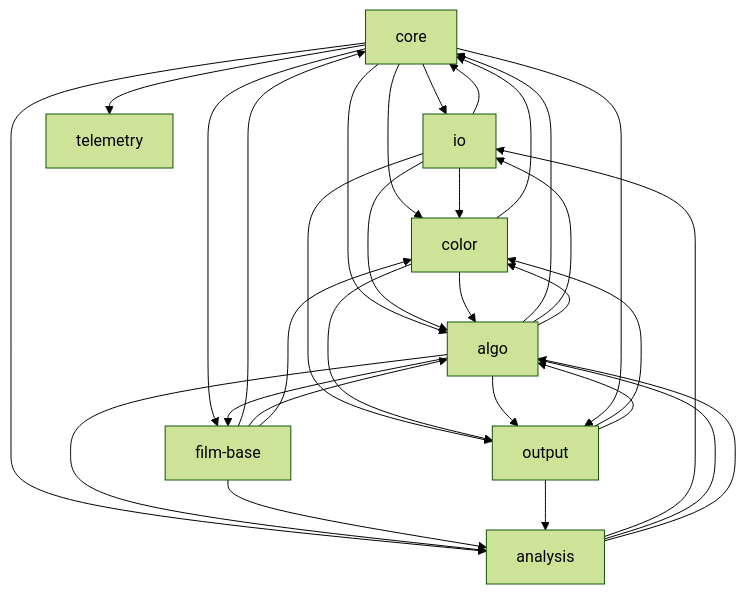
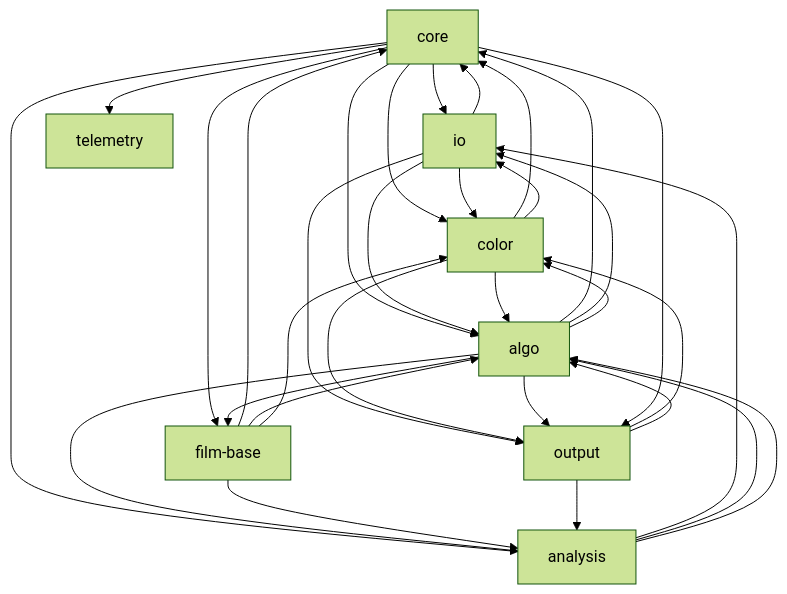
One commit to lix42/hanten changed the first of 2 diagrams in docs/TASKS.md. Above: the diagram before and after it, drawn with Mermaid (forest theme). The commit also changed other lines of this file and 54 other files, not shown here.

First line of the commit message:
Audit the task plan: file nine tasks, fix stale specs, correct the graph

````diff
--- a/docs/TASKS.md
+++ b/docs/TASKS.md
@@ -99,41 +99,42 @@
 ```mermaid
 graph TD
   core
   io
   film-base
   algo
   color
   output
   telemetry
   analysis
   core --> io
   core --> color
   core --> film-base
   core --> algo
   io --> core
   color --> core
   film-base --> core
   algo --> core
   analysis --> io
   analysis --> algo
   core --> analysis
   core --> telemetry
   algo --> analysis
   analysis --> algo
   film-base --> analysis
   algo --> film-base
   algo --> io
   io --> color
+  color --> io
   io --> algo
   io --> output
   film-base --> algo
   algo --> color
   color --> algo
   film-base --> color
   color --> output
   algo --> output
   output --> color
   core --> output
   output --> algo
   output --> analysis
 ```
````
